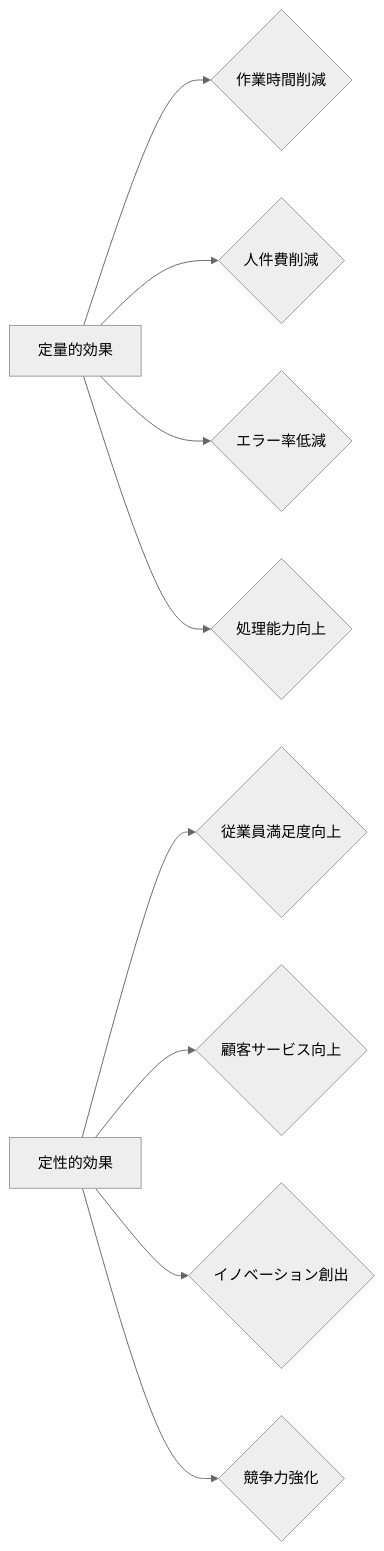
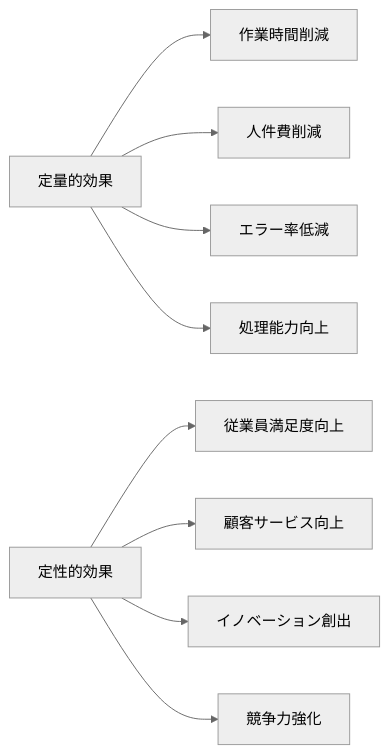
The third of 16 diagrams in README.md (SparklingDetergent/doc_genai_How_to_evaluate_the_cost-effectiveness_of_using_generative_AI_for_business_purposes), drawn with Mermaid (neutral theme) before and after one commit. The commit also changed other lines of this file, not shown here.

````diff
--- a/README.md
+++ b/README.md
@@ -98,11 +98,11 @@
 ```mermaid
 graph LR
-    A[定量的効果] --> B{作業時間削減}
-    A --> C{人件費削減}
-    A --> D{エラー率低減}
-    A --> E{処理能力向上}
-    F[定性的効果] --> G{従業員満足度向上}
-    F --> H{顧客サービス向上}
-    F --> I{イノベーション創出}
-    F --> J{競争力強化}
+    A[定量的効果] --> B[作業時間削減]
+    A --> C[人件費削減]
+    A --> D[エラー率低減]
+    A --> E[処理能力向上]
+    F[定性的効果] --> G[従業員満足度向上]
+    F --> H[顧客サービス向上]
+    F --> I[イノベーション創出]
+    F --> J[競争力強化]
 ```
````
